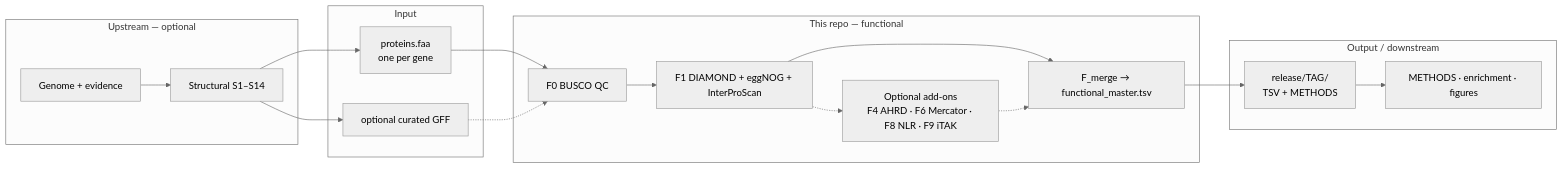
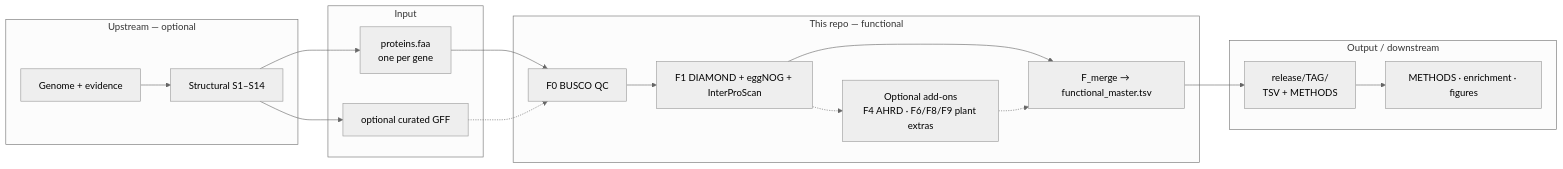
The diagram in README.md (Xuzhen-Li/vitis-gene-annotation), drawn with Mermaid (neutral theme) before and after one commit. The commit also changed other lines of this file and 20 other files, not shown here.

````diff
--- a/README.md
+++ b/README.md
@@ -47,33 +49,33 @@
 ```mermaid
 flowchart LR
   subgraph up [Upstream — optional]
     asm[Genome + evidence]
     struct[Structural S1–S14]
     asm --> struct
   end
 
   subgraph inn [Input]
     prot[proteins.faa<br/>one per gene]
     gff[optional curated GFF]
   end
 
   subgraph fa [This repo — functional]
     F0[F0 BUSCO QC]
     F1[F1 DIAMOND + eggNOG + InterProScan]
-    add[Optional add-ons<br/>F4 AHRD · F6 Mercator · F8 NLR · F9 iTAK]
+    add[Optional add-ons<br/>F4 AHRD · F6/F8/F9 plant extras]
     merge[F_merge → functional_master.tsv]
     F0 --> F1 --> merge
     F1 -.-> add -.-> merge
   end
 
   subgraph out [Output / downstream]
     rel[release/TAG/<br/>TSV + METHODS]
     use[METHODS · enrichment · figures]
   end
 
   struct --> prot
   struct --> gff
   prot --> F0
   gff -.-> F0
   merge --> rel --> use
 ```
````
